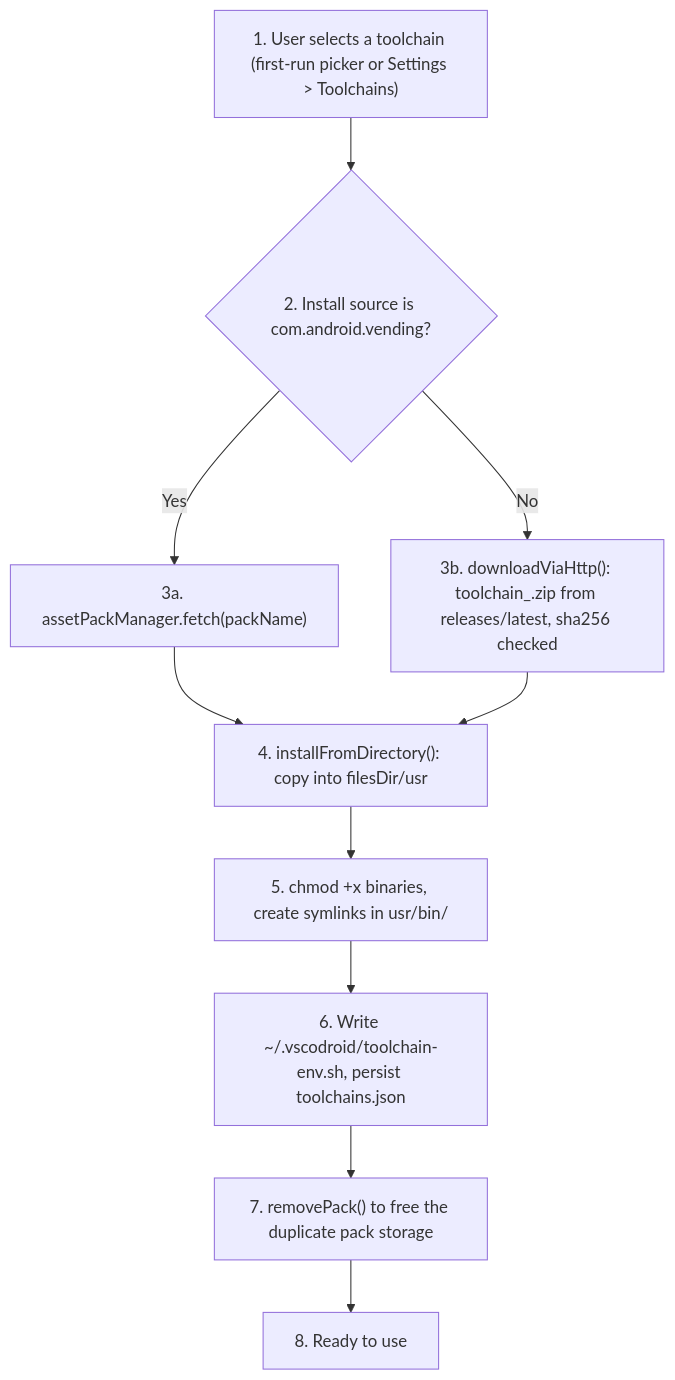
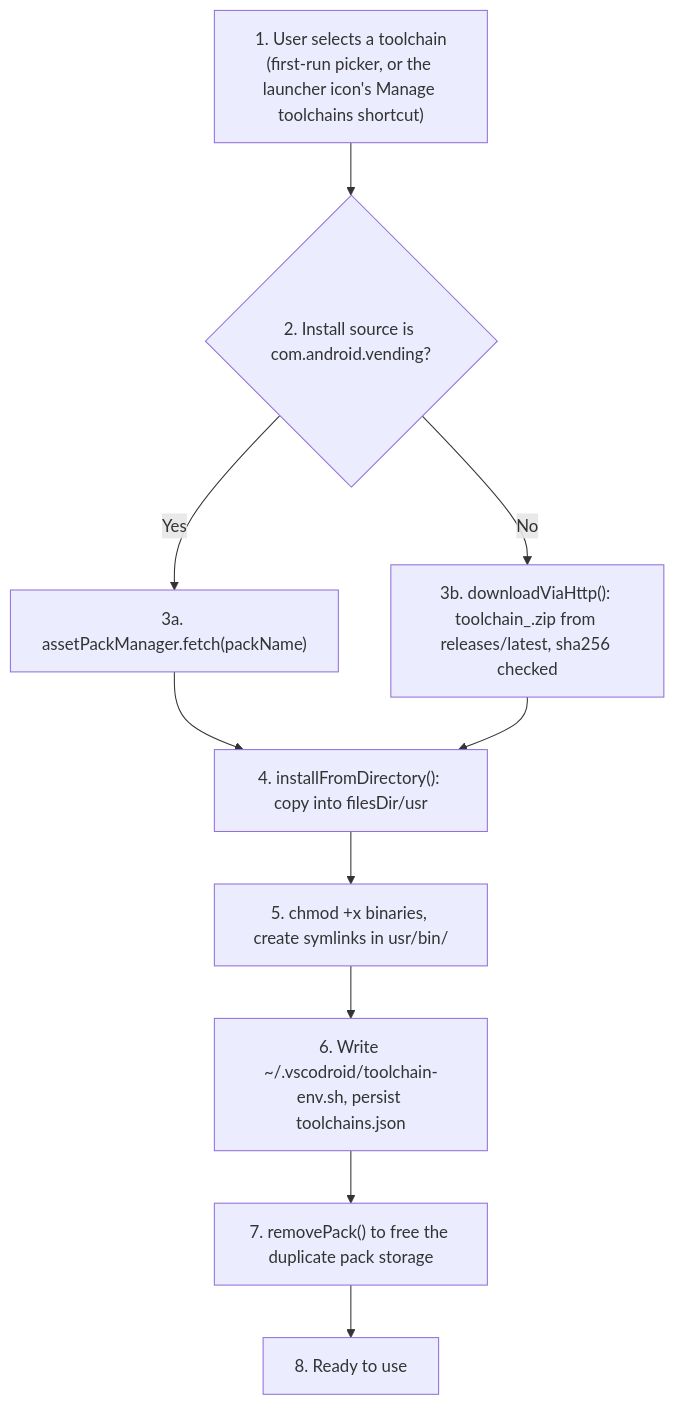
One commit to cuixinyuan666/vscodroid changed the fifth of 5 diagrams in docs/04-TECHNICAL_SPEC.md. Above: the diagram before and after it, drawn with Mermaid. The commit also changed other lines of this file and 16 other files, not shown here.

````diff
--- a/docs/04-TECHNICAL_SPEC.md
+++ b/docs/04-TECHNICAL_SPEC.md
@@ -593,12 +643,12 @@
 ```mermaid
 flowchart TD
-  A["1. User selects a toolchain (first-run picker or Settings > Toolchains)"] --> B{"2. Install source is com.android.vending?"}
+  A["1. User selects a toolchain<br/>(first-run picker, or the launcher icon's Manage toolchains shortcut)"] --> B{"2. Install source is com.android.vending?"}
   B -- "Yes" --> C["3a. assetPackManager.fetch(packName)"]
   B -- "No" --> D["3b. downloadViaHttp(): toolchain_<name>.zip from releases/latest, sha256 checked"]
   C --> E["4. installFromDirectory(): copy into filesDir/usr"]
   D --> E
   E --> F["5. chmod +x binaries, create symlinks in usr/bin/"]
   F --> G["6. Write ~/.vscodroid/toolchain-env.sh, persist toolchains.json"]
   G --> H["7. removePack() to free the duplicate pack storage"]
   H --> I["8. Ready to use"]
 ```
````
